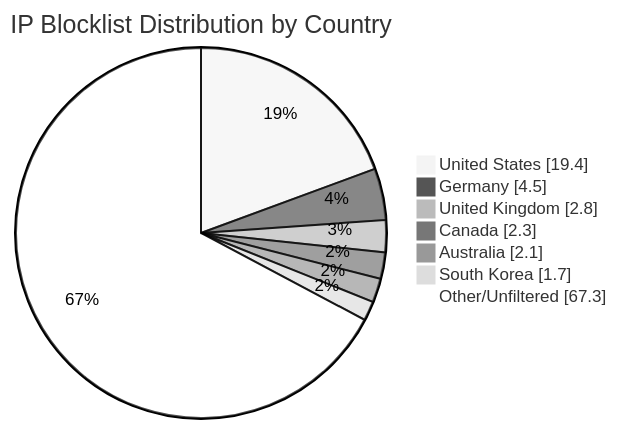
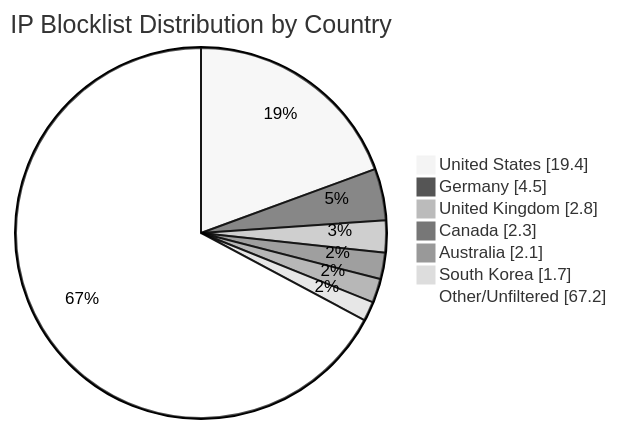
The diagram in README.md (MarcusHoltz/ipblocklist-geofiltered-aggregator), drawn with Mermaid (neutral theme) before and after one commit. The commit also changed other lines of this file and 9 other files, not shown here.

````diff
--- a/README.md
+++ b/README.md
@@ -34,10 +34,10 @@
 ```mermaid
 pie showData title IP Blocklist Distribution by Country
 "United States" : 19.4
 "Germany" : 4.5
 "United Kingdom" : 2.8
 "Canada" : 2.3
 "Australia" : 2.1
 "South Korea" : 1.7
-"Other/Unfiltered" : 67.3
+"Other/Unfiltered" : 67.2
 ```
````
